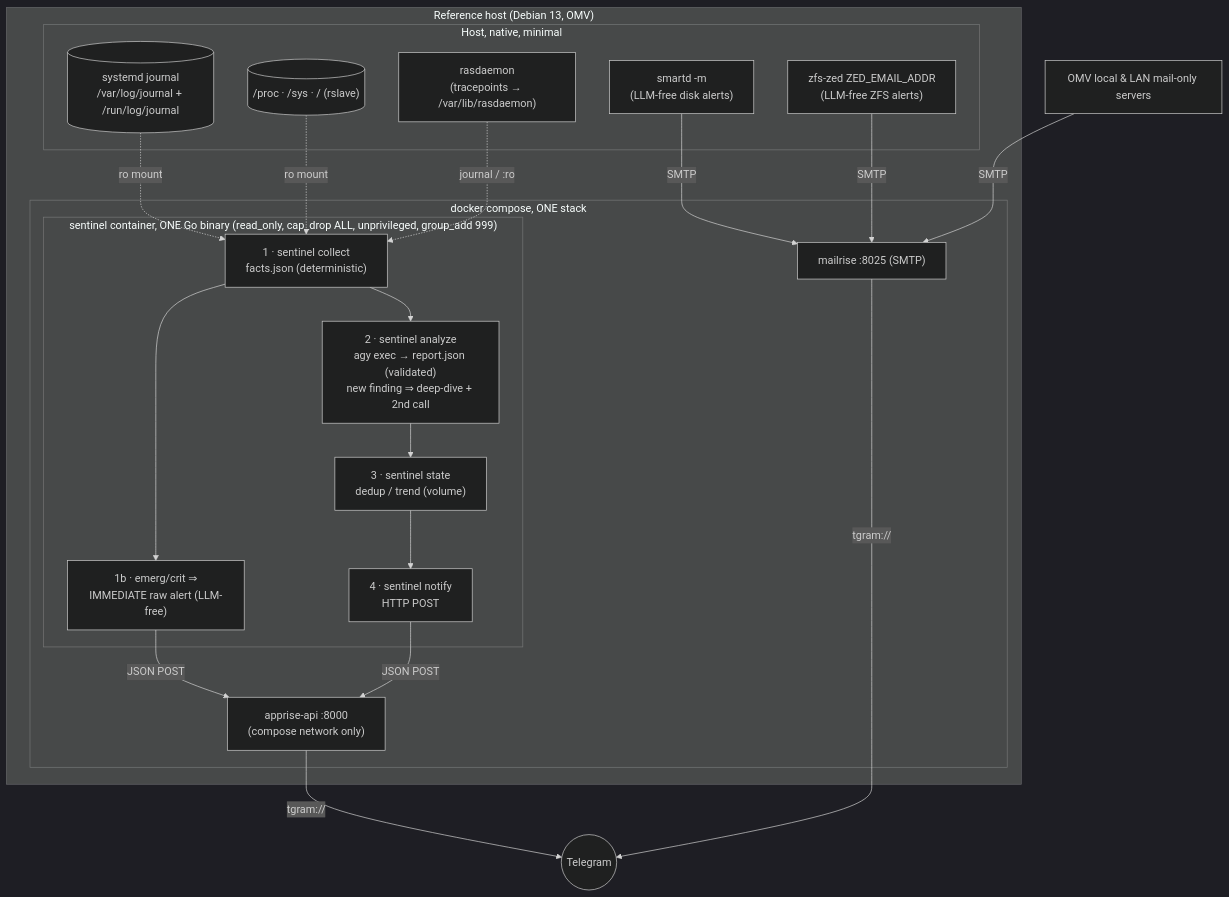
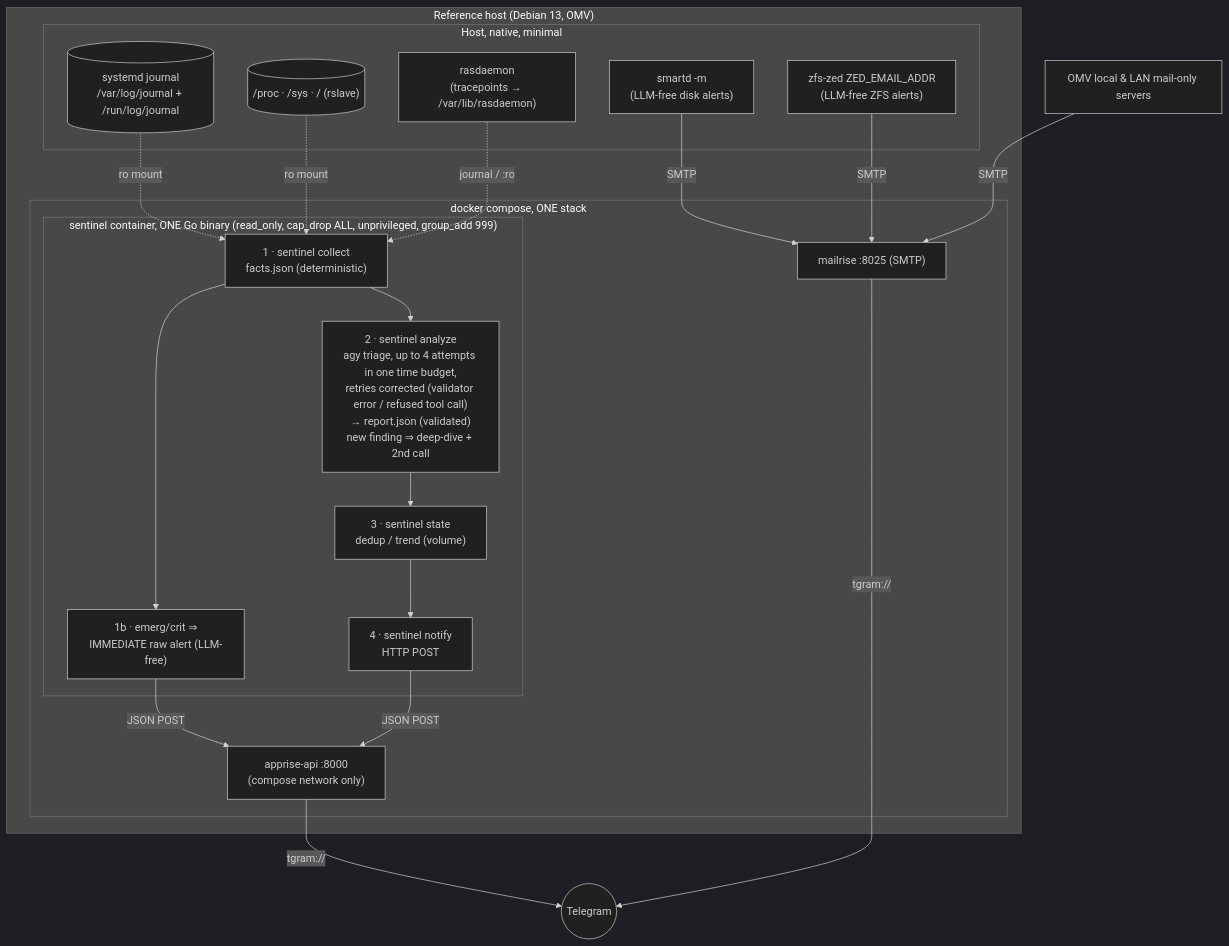
Before and after one commit to thiscantbeserious/agentic-server-supervisor: the first of 2 diagrams in ARCHITECTURE.md, drawn with Mermaid (dark theme). The commit also changed other lines of this file and 12 other files, not shown here.

First line of the commit message:
Retry every failed triage attempt up to three times inside one time budget

````diff
--- a/ARCHITECTURE.md
+++ b/ARCHITECTURE.md
@@ -85,38 +85,38 @@
 ```mermaid
 flowchart TB
     subgraph target["Reference host (Debian 13, OMV)"]
         subgraph native["Host, native, minimal"]
             rasd["rasdaemon<br/>(tracepoints → /var/lib/rasdaemon)"]
             smartd["smartd -m<br/>(LLM-free disk alerts)"]
             zed["zfs-zed ZED_EMAIL_ADDR<br/>(LLM-free ZFS alerts)"]
             journal[("systemd journal<br/>/var/log/journal + /run/log/journal")]
             procsys[("/proc · /sys · / (rslave)")]
         end
         subgraph stack["docker compose, ONE stack"]
             subgraph sentinel["sentinel container, ONE Go binary (read_only, cap_drop ALL, unprivileged, group_add 999)"]
                 collect["1 · sentinel collect<br/>facts.json (deterministic)"]
                 raw["1b · emerg/crit ⇒<br/>IMMEDIATE raw alert (LLM-free)"]
-                analyze["2 · sentinel analyze<br/>agy exec → report.json (validated)<br/>new finding ⇒ deep-dive + 2nd call"]
+                analyze["2 · sentinel analyze<br/>agy triage, up to 4 attempts in one time budget,<br/>retries corrected (validator error / refused tool call)<br/>→ report.json (validated)<br/>new finding ⇒ deep-dive + 2nd call"]
                 state["3 · sentinel state<br/>dedup / trend (volume)"]
                 notify["4 · sentinel notify<br/>HTTP POST"]
                 collect --> raw
                 collect --> analyze --> state --> notify
             end
             apprise["apprise-api :8000<br/>(compose network only)"]
             mailrise["mailrise :8025 (SMTP)"]
         end
     end
     lan["OMV local & LAN mail-only servers"]
     tg(("Telegram"))
 
     journal -. "ro mount" .-> collect
     procsys -. "ro mount" .-> collect
     rasd -. "journal / :ro" .-> collect
     smartd -- "SMTP" --> mailrise
     zed -- "SMTP" --> mailrise
     lan -- "SMTP" --> mailrise
     raw -- "JSON POST" --> apprise
     notify -- "JSON POST" --> apprise
     apprise -- "tgram://" --> tg
     mailrise -- "tgram://" --> tg
 ```
````
